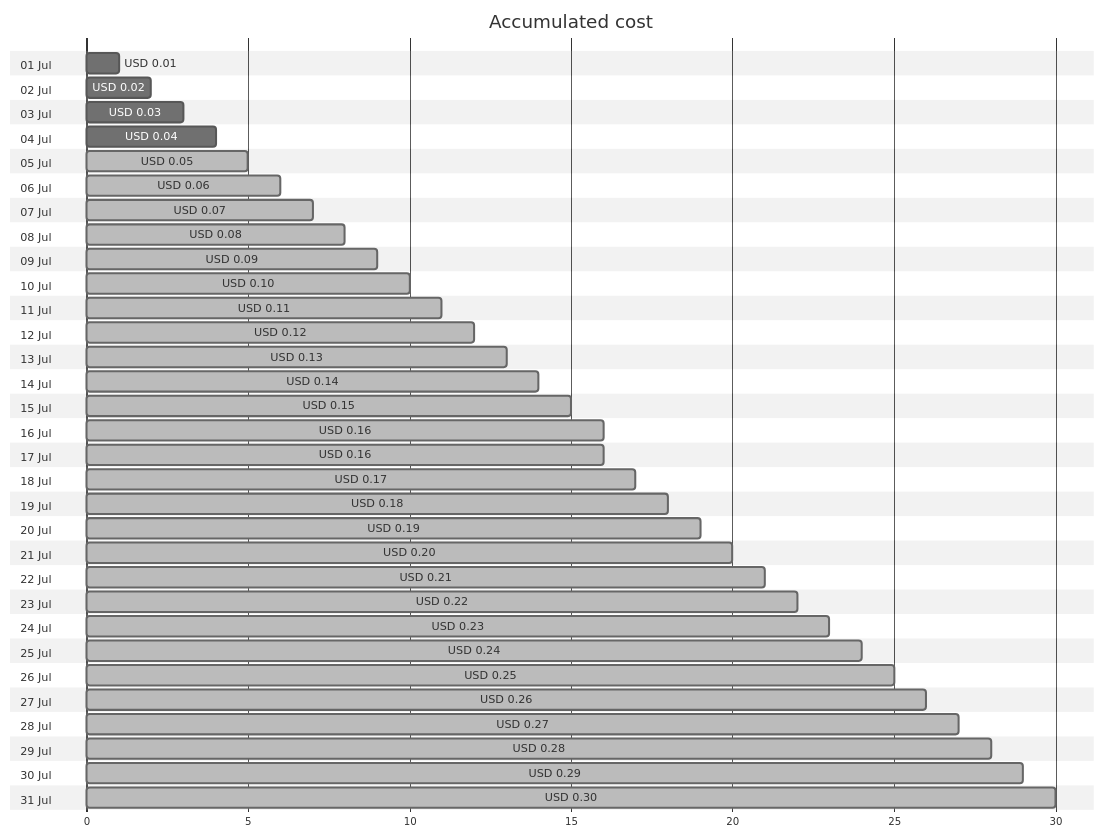
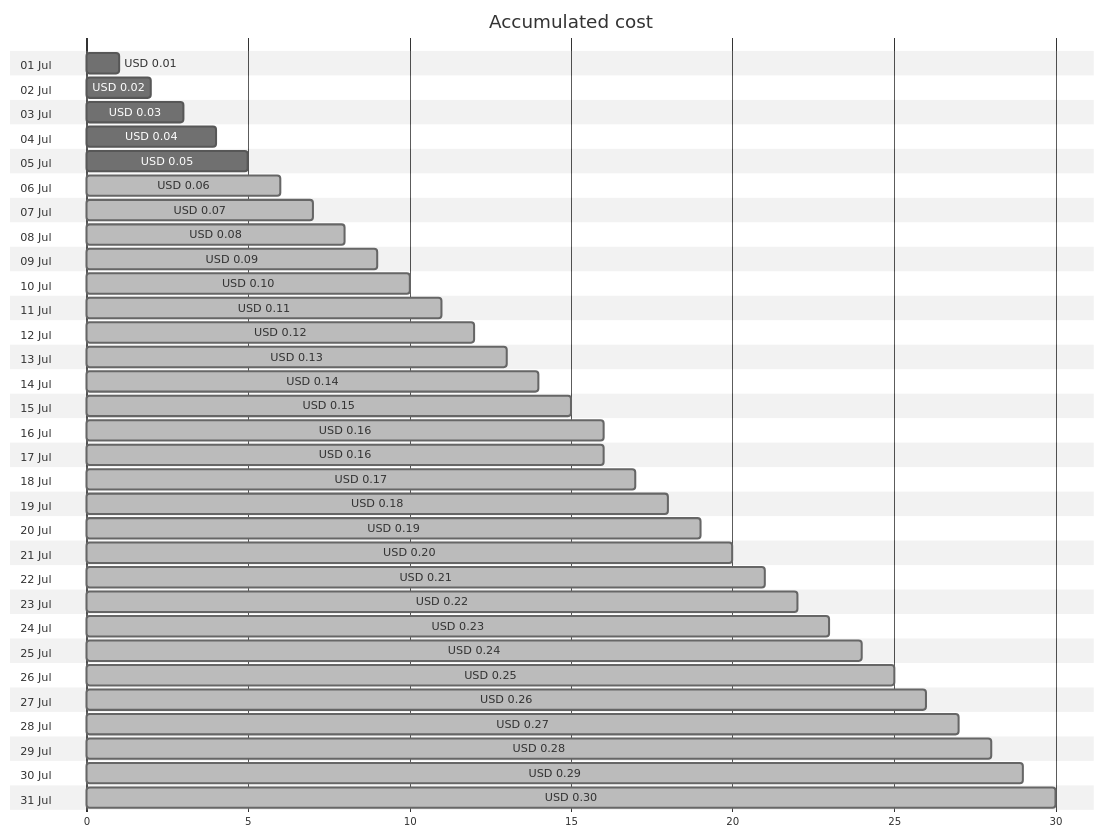
Before and after one commit to jpfulton/azure-personal-reports: the first of 4 diagrams in cost-reports/cloud-shell-storage-eastus/README.md, drawn with Mermaid (neutral theme). The commit also changed other lines of this file and 1 other file, not shown here.

````diff
--- a/cost-reports/cloud-shell-storage-eastus/README.md
+++ b/cost-reports/cloud-shell-storage-eastus/README.md
@@ -20,68 +20,68 @@
 ```mermaid
 gantt
    title Accumulated cost
    dateFormat  X
    axisFormat %s
    section 01 Jul
    USD 0.01 :0, 1
    section 02 Jul
    USD 0.02 :0, 2
    section 03 Jul
    USD 0.03 :0, 3
    section 04 Jul
    USD 0.04 :0, 4
    section 05 Jul
-   USD 0.05 : done, 0, 5
+   USD 0.05 :0, 5
    section 06 Jul
    USD 0.06 : done, 0, 6
    section 07 Jul
    USD 0.07 : done, 0, 7
    section 08 Jul
    USD 0.08 : done, 0, 8
    section 09 Jul
    USD 0.09 : done, 0, 9
    section 10 Jul
    USD 0.10 : done, 0, 10
    section 11 Jul
    USD 0.11 : done, 0, 11
    section 12 Jul
    USD 0.12 : done, 0, 12
    section 13 Jul
    USD 0.13 : done, 0, 13
    section 14 Jul
    USD 0.14 : done, 0, 14
    section 15 Jul
    USD 0.15 : done, 0, 15
    section 16 Jul
    USD 0.16 : done, 0, 16
    section 17 Jul
    USD 0.16 : done, 0, 16
    section 18 Jul
    USD 0.17 : done, 0, 17
    section 19 Jul
    USD 0.18 : done, 0, 18
    section 20 Jul
    USD 0.19 : done, 0, 19
    section 21 Jul
    USD 0.20 : done, 0, 20
    section 22 Jul
    USD 0.21 : done, 0, 21
    section 23 Jul
    USD 0.22 : done, 0, 22
    section 24 Jul
    USD 0.23 : done, 0, 23
    section 25 Jul
    USD 0.24 : done, 0, 24
    section 26 Jul
    USD 0.25 : done, 0, 25
    section 27 Jul
    USD 0.26 : done, 0, 26
    section 28 Jul
    USD 0.27 : done, 0, 27
    section 29 Jul
    USD 0.28 : done, 0, 28
    section 30 Jul
    USD 0.29 : done, 0, 29
    section 31 Jul
    USD 0.30 : done, 0, 30
 ```
````
